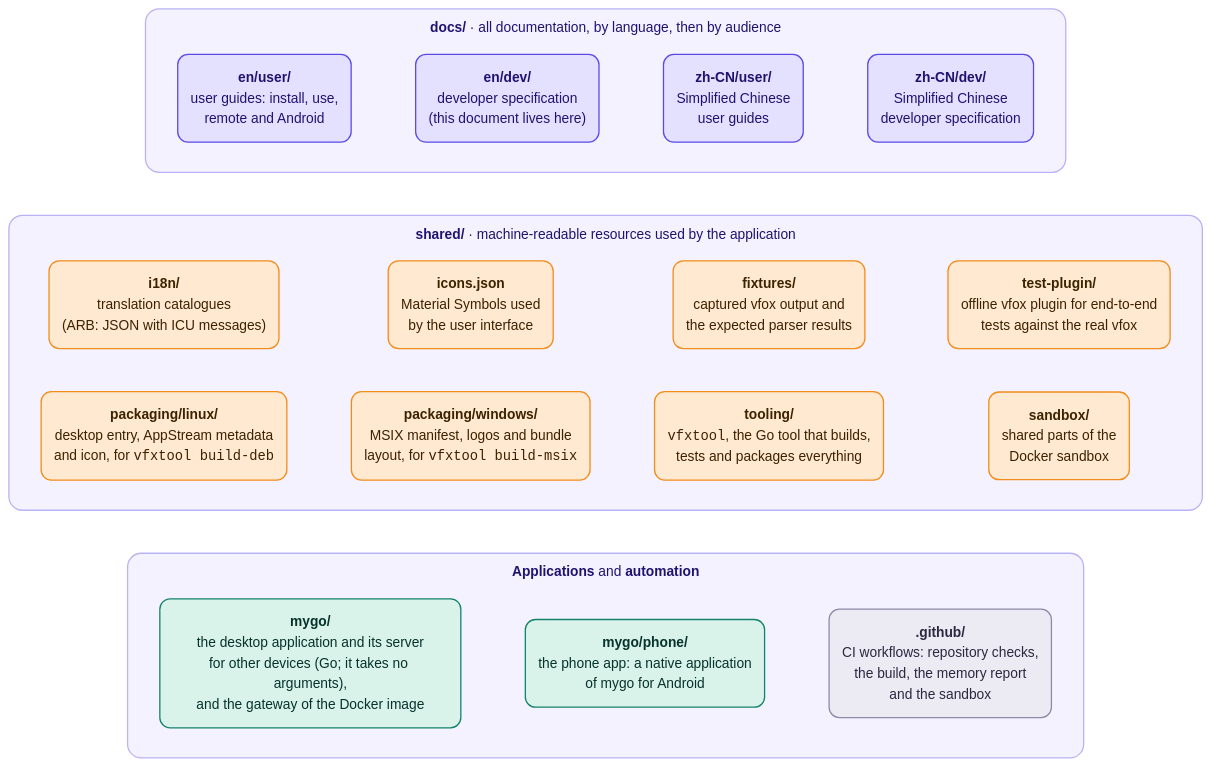
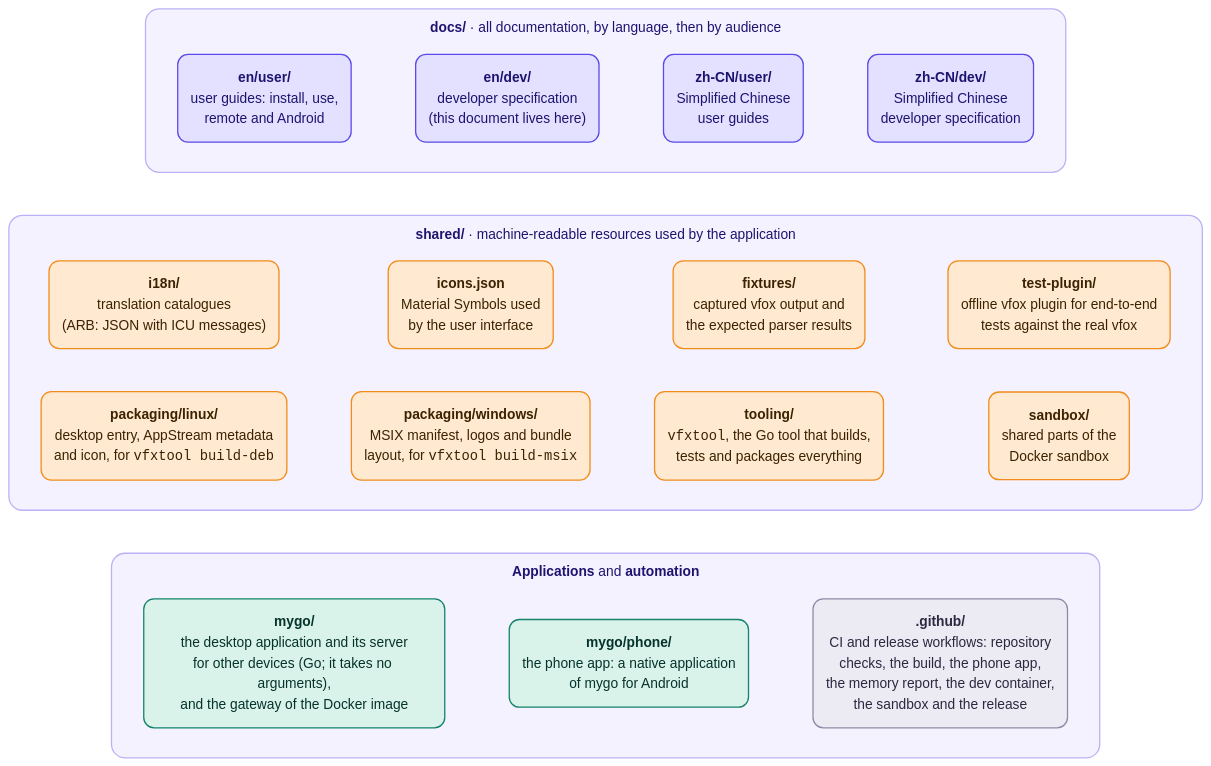
One commit to version-fox/vfox-plus changed the first of 5 diagrams in docs/en/dev/architecture.md. Above: the diagram before and after it, drawn with Mermaid. The commit also changed other lines of this file and 11 other files, not shown here.

First line of the commit message:
Correct the documents of the architecture and the design against the code

````diff
--- a/docs/en/dev/architecture.md
+++ b/docs/en/dev/architecture.md
@@ -14,51 +14,51 @@
 ```mermaid
 ---
 config:
   theme: base
   themeVariables:
     fontFamily: "system-ui, -apple-system, 'Segoe UI', 'Noto Sans', 'Noto Sans CJK SC', 'PingFang SC', 'Microsoft YaHei', sans-serif"
     lineColor: "#7C79A8"
     primaryColor: "#FFE9D0"
     primaryBorderColor: "#F28C1B"
     primaryTextColor: "#3B2200"
     clusterBkg: "#F4F2FF"
     clusterBorder: "#B9B3F5"
     titleColor: "#1E1470"
     edgeLabelBackground: "#FFFFFF"
   flowchart:
     curve: basis
     wrappingWidth: 320
     subGraphTitleMargin:
       top: 10
       bottom: 8
 ---
 flowchart TB
     accTitle: Repository layout
     accDescr: docs holds the documentation, shared the resources used by the application, mygo the application, the gateway of the Docker image and the phone app, and .github the CI workflows.
     subgraph docs["<b>docs/</b> · all documentation, by language, then by audience"]
         direction LR
         d1("<b>en/user/</b><br/>user guides: install, use,<br/>remote and Android") ~~~ d2("<b>en/dev/</b><br/>developer specification<br/>(this document lives here)") ~~~ d3("<b>zh-CN/user/</b><br/>Simplified Chinese<br/>user guides") ~~~ d4("<b>zh-CN/dev/</b><br/>Simplified Chinese<br/>developer specification")
     end
     subgraph shared["<b>shared/</b> · machine-readable resources used by the application"]
         direction LR
         s1("<b>i18n/</b><br/>translation catalogues<br/>(ARB: JSON with ICU messages)") ~~~ s2("<b>icons.json</b><br/>Material Symbols used<br/>by the user interface") ~~~ s3("<b>fixtures/</b><br/>captured vfox output and<br/>the expected parser results") ~~~ s4("<b>test-plugin/</b><br/>offline vfox plugin for end-to-end<br/>tests against the real vfox")
         s5("<b>packaging/linux/</b><br/>desktop entry, AppStream metadata<br/>and icon, for <code>vfxtool build-deb</code>") ~~~ s6("<b>packaging/windows/</b><br/>MSIX manifest, logos and bundle<br/>layout, for <code>vfxtool build-msix</code>") ~~~ s7("<b>tooling/</b><br/><code>vfxtool</code>, the Go tool that builds,<br/>tests and packages everything") ~~~ s8("<b>sandbox/</b><br/>shared parts of the<br/>Docker sandbox")
     end
     subgraph code["<b>Applications</b> and <b>automation</b>"]
         direction LR
-        m("<b>mygo/</b><br/>the desktop application and its server<br/>for other devices (Go; it takes no arguments),<br/>and the gateway of the Docker image") ~~~ a("<b>mygo/phone/</b><br/>the phone app: a native application<br/>of mygo for Android") ~~~ g("<b>.github/</b><br/>CI workflows: repository checks,<br/>the build, the memory report<br/>and the sandbox")
+        m("<b>mygo/</b><br/>the desktop application and its server<br/>for other devices (Go; it takes no arguments),<br/>and the gateway of the Docker image") ~~~ a("<b>mygo/phone/</b><br/>the phone app: a native application<br/>of mygo for Android") ~~~ g("<b>.github/</b><br/>CI and release workflows: repository<br/>checks, the build, the phone app,<br/>the memory report, the dev container,<br/>the sandbox and the release")
     end
     docs ~~~ shared ~~~ code
 
     classDef docs fill:#E4E0FF,stroke:#5A4BE8,color:#1E1470,stroke-width:1.5px,rx:12,ry:12
     classDef shared fill:#FFE9D0,stroke:#F28C1B,color:#3B2200,stroke-width:1.5px,rx:12,ry:12
     classDef app fill:#D9F2EA,stroke:#13836B,color:#06332A,stroke-width:1.5px,rx:12,ry:12
     classDef ci fill:#ECEBF3,stroke:#8E8BA8,color:#2B2840,stroke-width:1.5px,rx:12,ry:12
     class d1,d2,d3,d4 docs
     class s1,s2,s3,s4,s5,s6,s7,s8 shared
     class m,a app
     class g ci
     style docs fill:#F4F2FF,stroke:#B9B3F5,stroke-width:1.5px,rx:16,ry:16
     style shared fill:#F4F2FF,stroke:#B9B3F5,stroke-width:1.5px,rx:16,ry:16
     style code fill:#F4F2FF,stroke:#B9B3F5,stroke-width:1.5px,rx:16,ry:16
 ```
````
